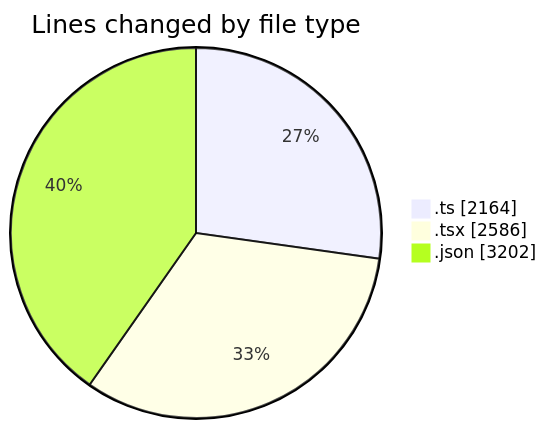
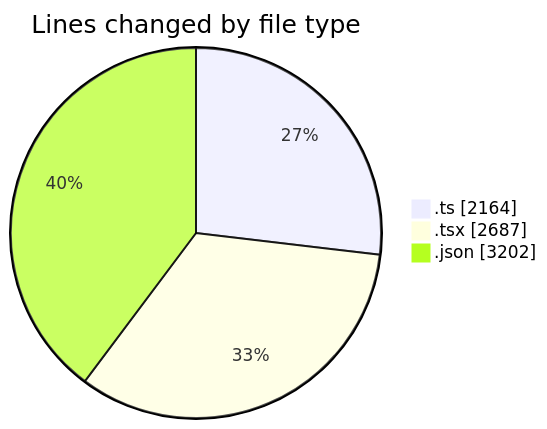
Before and after one commit to julien-gomy/code-tracking: the first of 2 diagrams in 2025-10-23/eventscop-frontend-guide__workspace_/README.md, drawn with Mermaid. The commit also changed other lines of this file and 1 other file, not shown here.

````diff
--- a/2025-10-23/eventscop-frontend-guide__workspace_/README.md
+++ b/2025-10-23/eventscop-frontend-guide__workspace_/README.md
@@ -39,7 +40,7 @@
 ```mermaid
 pie showData
 title Lines changed by file type
 ".ts" : 2164
-".tsx" : 2586
+".tsx" : 2687
 ".json" : 3202
 ```
````
